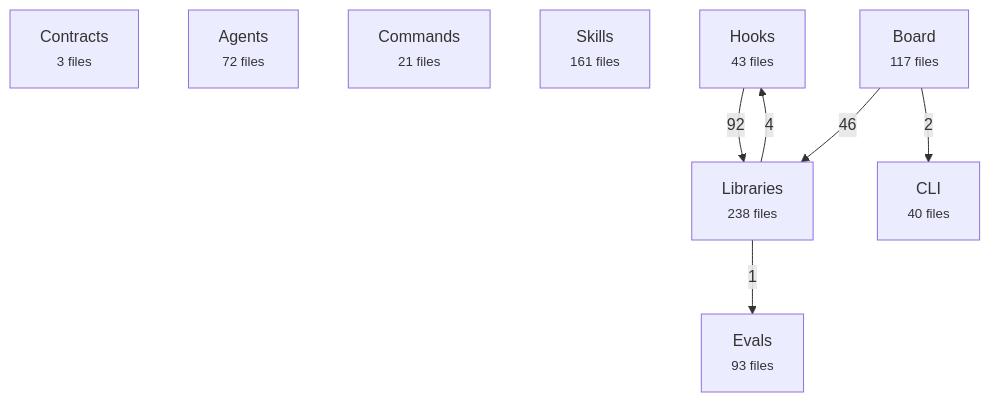
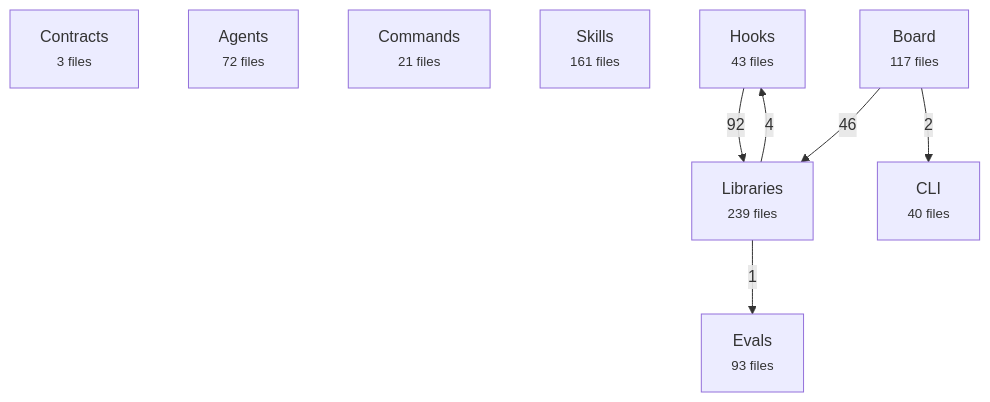
One commit to avelikiy/great_cto changed the first of 2 diagrams in docs/reference/architecture-map.md. Above: the diagram before and after it, drawn with Mermaid. The commit also changed other lines of this file and 34 other files, not shown here.

Commit message:
feat(v3.70.0): release recorded controller graphs with isolated causal captures

````diff
--- a/docs/reference/architecture-map.md
+++ b/docs/reference/architecture-map.md
@@ -20,17 +20,17 @@
 ```mermaid
 flowchart TD
   contracts["Contracts<br/><small>3 files</small>"]
   agents["Agents<br/><small>72 files</small>"]
   commands["Commands<br/><small>21 files</small>"]
   skills["Skills<br/><small>161 files</small>"]
   hooks["Hooks<br/><small>43 files</small>"]
-  libs["Libraries<br/><small>238 files</small>"]
+  libs["Libraries<br/><small>239 files</small>"]
   board["Board<br/><small>117 files</small>"]
   cli["CLI<br/><small>40 files</small>"]
   evals["Evals<br/><small>93 files</small>"]
   hooks -->|92| libs
   board -->|46| libs
   libs -->|4| hooks
   board -->|2| cli
   libs -->|1| evals
 ```
````
